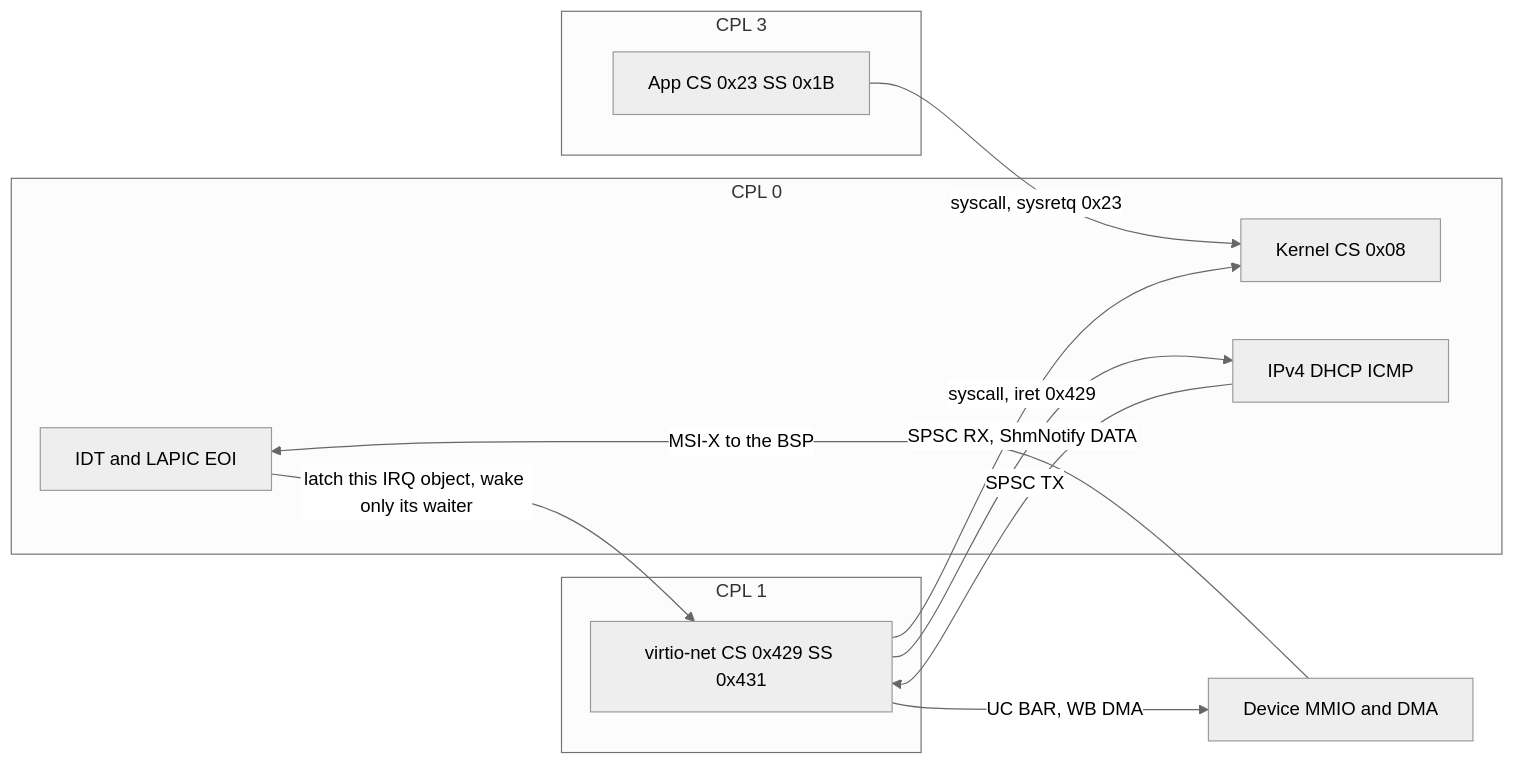
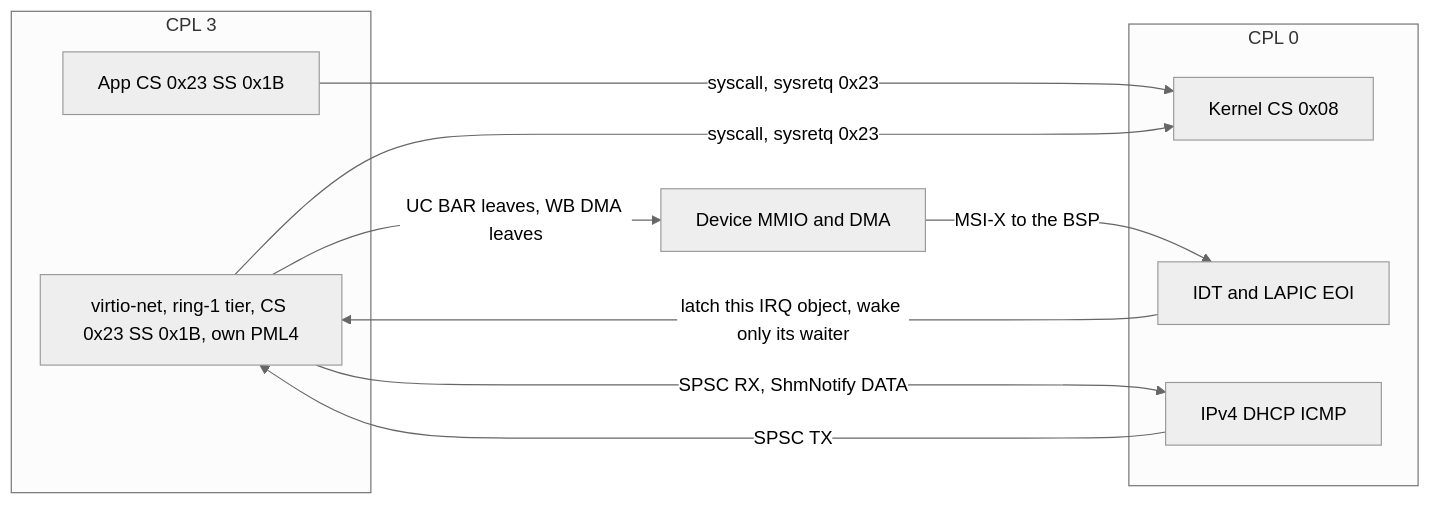
The first of 2 diagrams in projects/harland/docs/RING1_DRIVER.md (ritz-lang/rz), drawn with Mermaid (neutral theme) before and after one commit. The commit also changed other lines of this file and 4 other files, not shown here.

First line of the commit message:
ritz-task-4767: 🤖 Record D8 = (b): driver and netd run at CPL 3; ring 1/2 are tier names

````diff
--- a/projects/harland/docs/RING1_DRIVER.md
+++ b/projects/harland/docs/RING1_DRIVER.md
@@ -104,23 +107,21 @@
 ```mermaid
 flowchart LR
   subgraph r3 [CPL 3]
     app["App CS 0x23 SS 0x1B"]
+    drv["virtio-net, ring-1 tier, CS 0x23 SS 0x1B, own PML4"]
   end
   subgraph r0 [CPL 0]
     kern["Kernel CS 0x08"]
     idt["IDT and LAPIC EOI"]
     stack["IPv4 DHCP ICMP"]
   end
-  subgraph r1 [CPL 1]
-    drv["virtio-net CS 0x429 SS 0x431"]
-  end
   dev["Device MMIO and DMA"]
 
   app -->|"syscall, sysretq 0x23"| kern
-  drv -->|"syscall, iret 0x429"| kern
+  drv -->|"syscall, sysretq 0x23"| kern
   dev -->|"MSI-X to the BSP"| idt
   idt -->|"latch this IRQ object, wake only its waiter"| drv
-  drv -->|"UC BAR, WB DMA"| dev
+  drv -->|"UC BAR leaves, WB DMA leaves"| dev
   drv -->|"SPSC RX, ShmNotify DATA"| stack
   stack -->|"SPSC TX"| drv
 ```
````
